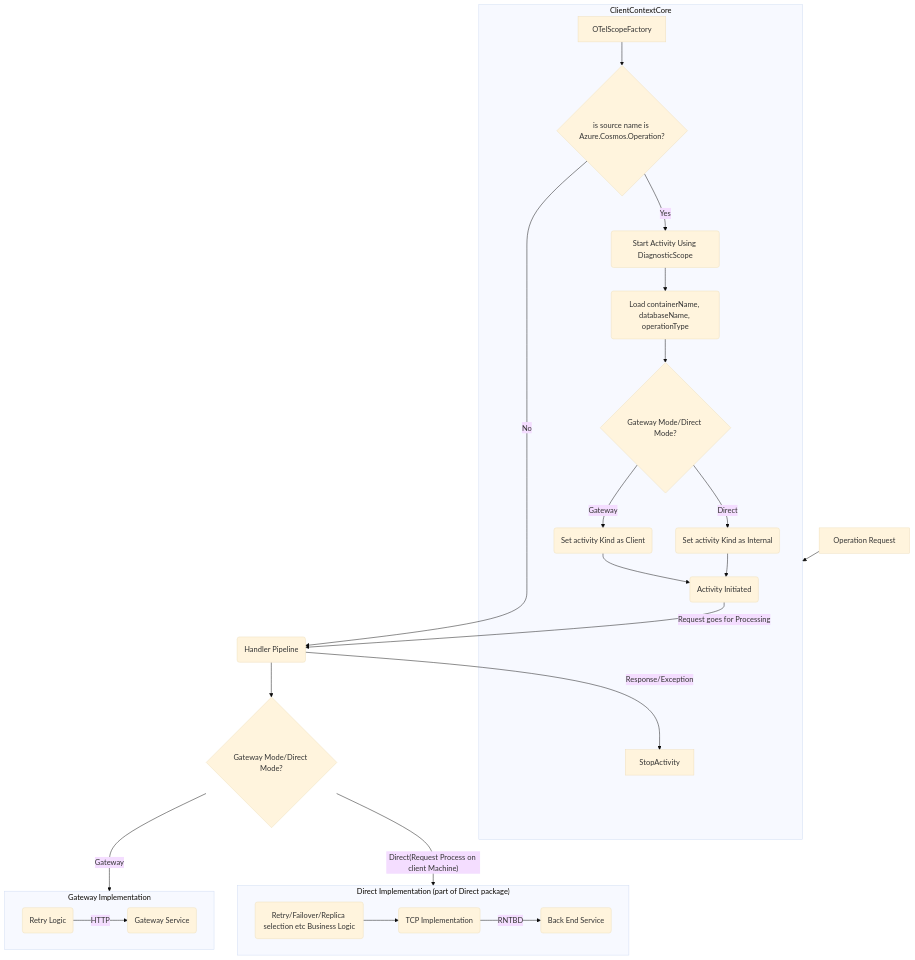
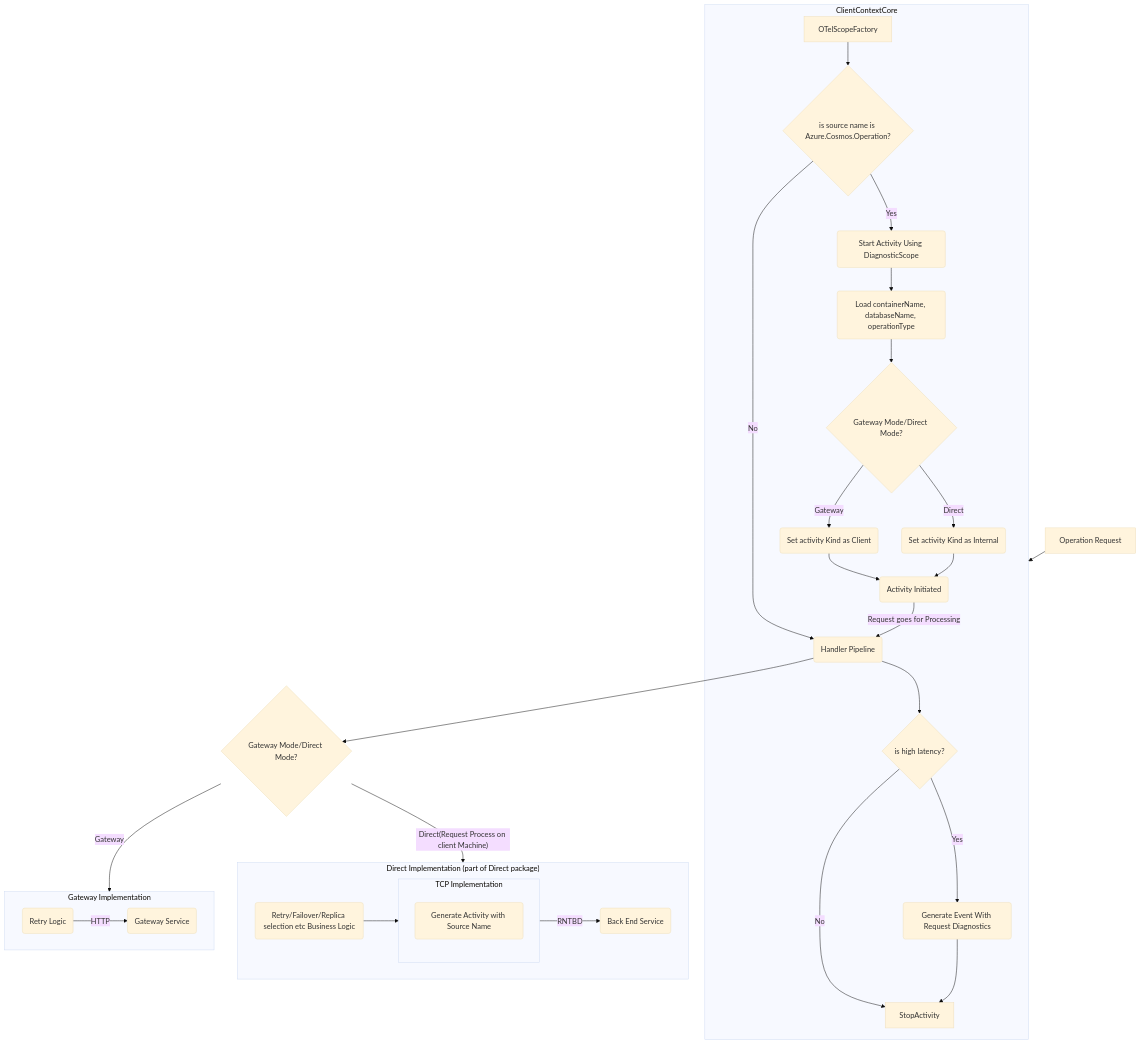
The eighth of 8 diagrams in docs/SdkDesign.md (Azure/azure-cosmos-dotnet-v3), drawn with Mermaid (base theme) before and after one commit. The commit also changed other lines of this file, not shown here.

Commit message:
added more nformation

````diff
--- a/docs/SdkDesign.md
+++ b/docs/SdkDesign.md
@@ -235,27 +238,31 @@
 ```mermaid
 flowchart TD
     OperationRequest[Operation Request] --> ClientContextCore
     GeneratedActivity --> |Request goes for Processing|HandlerPipeline(Handler Pipeline)
     subgraph ClientContextCore
         OTelScopeFactory --> CheckSourceName{is source name is Azure.Cosmos.Operation?} 
         CheckSourceName --> |Yes| CreateActivity(Start Activity Using DiagnosticScope) 
         --> Preloaddata(Load containerName, databaseName, operationType)
         --> ConnectionModeforkind{Gateway Mode/Direct Mode?}
         ConnectionModeforkind -- Direct --> SetInternalKind(Set activity Kind as Internal) 
         ConnectionModeforkind -- Gateway --> SetClientKind(Set activity Kind as Client)
         SetInternalKind --> GeneratedActivity(Activity Initiated)
         SetClientKind --> GeneratedActivity
-        StopActivity
+        HandlerPipeline --> CheckLatencyThreshold{is high latency?}
+        CheckLatencyThreshold -- Yes --> GenerateEvent(Generate Event With Request Diagnostics) --> StopActivity
+        CheckLatencyThreshold -- No --> StopActivity
     end
     CheckSourceName --> |No| HandlerPipeline 
-    HandlerPipeline --> |Response/Exception| StopActivity
     HandlerPipeline --> ConnectionMode{Gateway Mode/Direct Mode?}
     subgraph DirectPackage["Direct Implementation (part of Direct package)"]
-        DRetryAndLogic(Retry/Failover/Replica selection etc Business Logic) --> TCPImpl(TCP Implementation) --> |RNTBD|BackendService(Back End Service)
+        subgraph TCPImpl[TCP Implementation]
+            GenerateActivity(Generate Activity with Source Name )
+        end
+        DRetryAndLogic(Retry/Failover/Replica selection etc Business Logic) --> TCPImpl --> |RNTBD|BackendService(Back End Service)
     end
     subgraph GatewayCode[Gateway Implementation]
         GRetryAndLogic(Retry Logic) --> |HTTP|GatewayCall(Gateway Service)
     end
     ConnectionMode -- "Direct(Request Process on client Machine)" --> DirectPackage
     ConnectionMode -- Gateway --> GatewayCode
 ```
````
